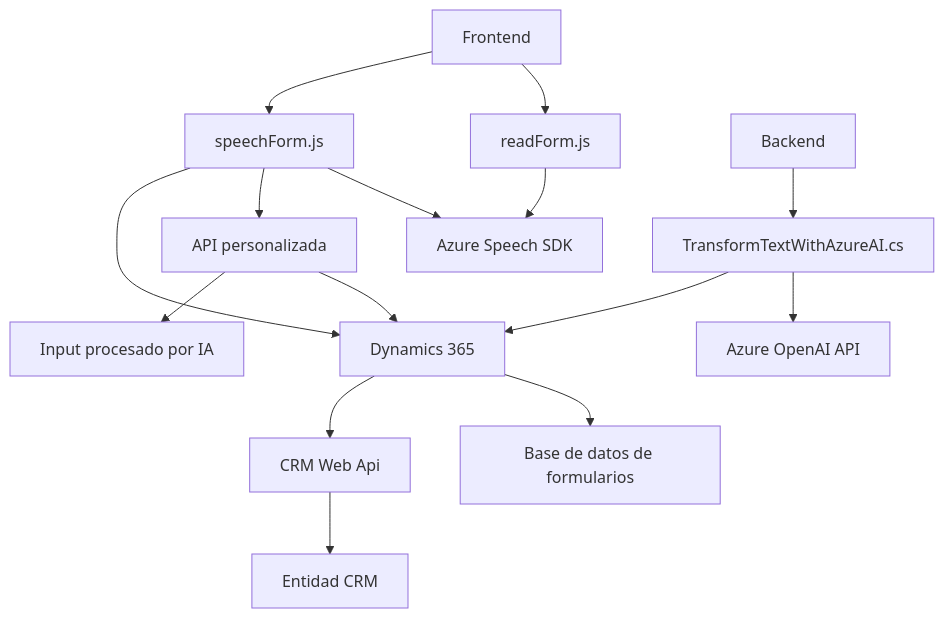
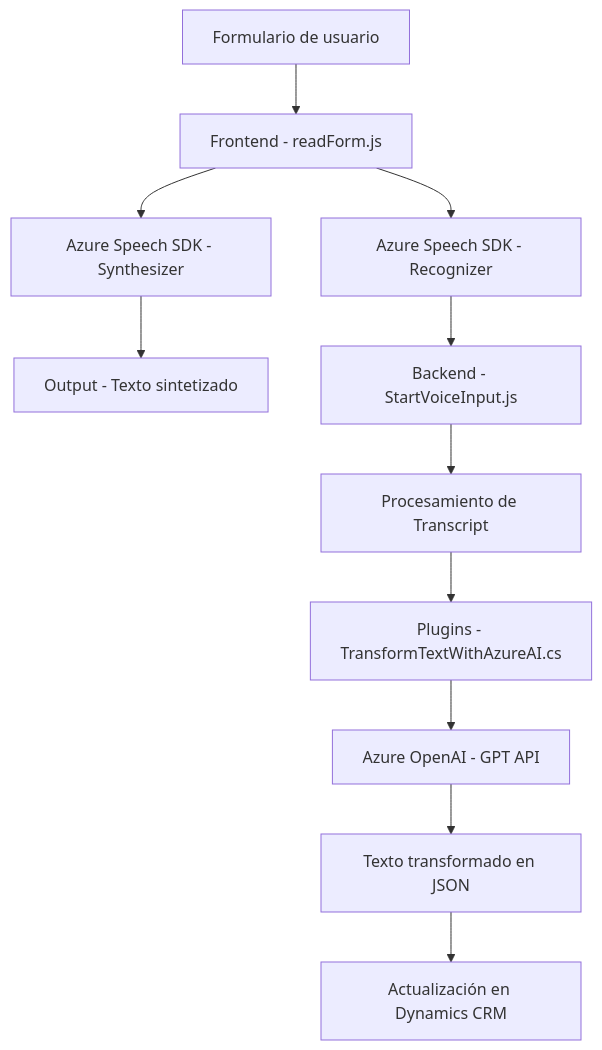
The diagram in README.md (blopezdm/NETCORE_BILBAO2025), drawn with Mermaid before and after one commit. The commit also changed other lines of this file, not shown here.

````diff
--- a/README.md
+++ b/README.md
@@ -50,17 +48,13 @@
 ```mermaid
 graph TD
-A["Frontend"] --> B["readForm.js"]
-A --> C["speechForm.js"]
-B --> D["Azure Speech SDK"]
-C --> D["Azure Speech SDK"]
-C --> E["API personalizada"]
-E --> F["Dynamics 365"]
-F --> G["Base de datos de formularios"]
-F --> H["CRM Web Api"]
-H --> I["Entidad CRM"]
-E --> J["Input procesado por IA"]
-C --> F
-K["Backend"] --> L["TransformTextWithAzureAI.cs"]
-L --> M["Azure OpenAI API"]
-L --> F
+    A["Formulario de usuario"] --> B["Frontend - readForm.js"]
+    B --> C["Azure Speech SDK - Synthesizer"]
+    B --> D["Azure Speech SDK - Recognizer"]
+    C --> E["Output - Texto sintetizado"]
+    D --> F["Backend - StartVoiceInput.js"]
+    F --> G["Procesamiento de Transcript"]
+    G --> H["Plugins - TransformTextWithAzureAI.cs"]
+    H --> I["Azure OpenAI - GPT API"]
+    I --> J["Texto transformado en JSON"]
+    J --> K["Actualización en Dynamics CRM"]
 ```
````
